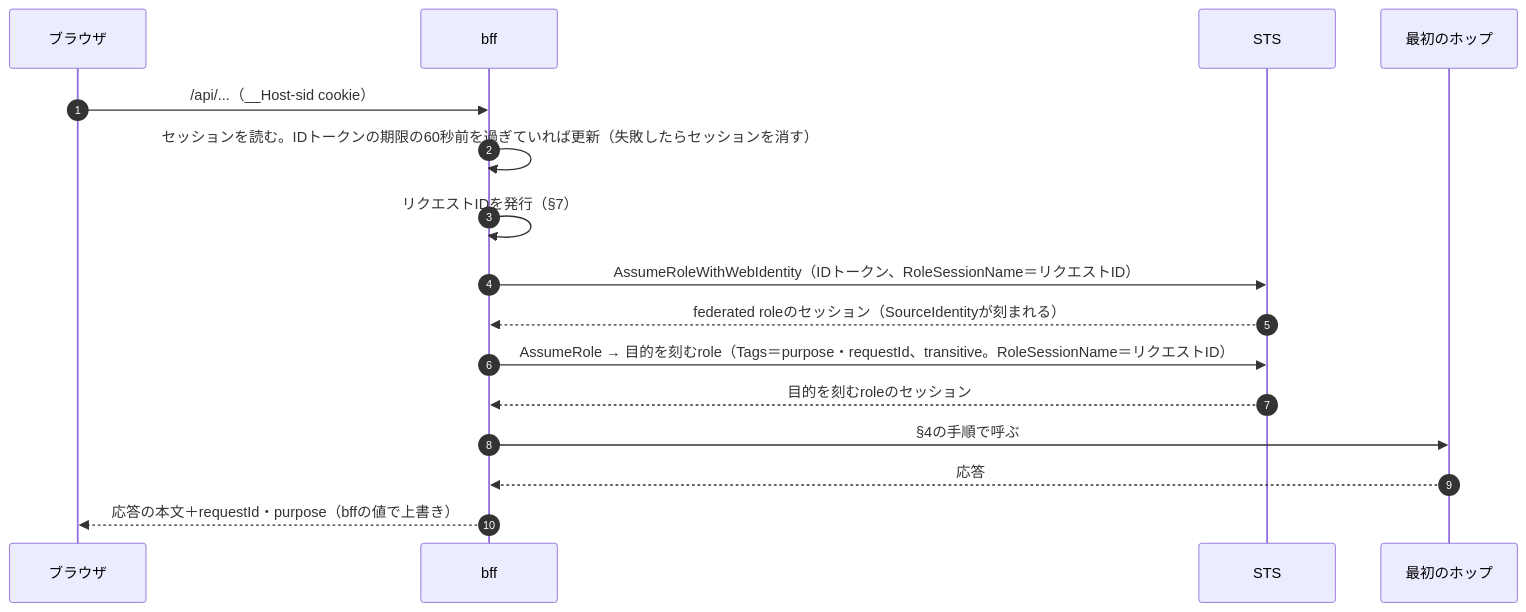
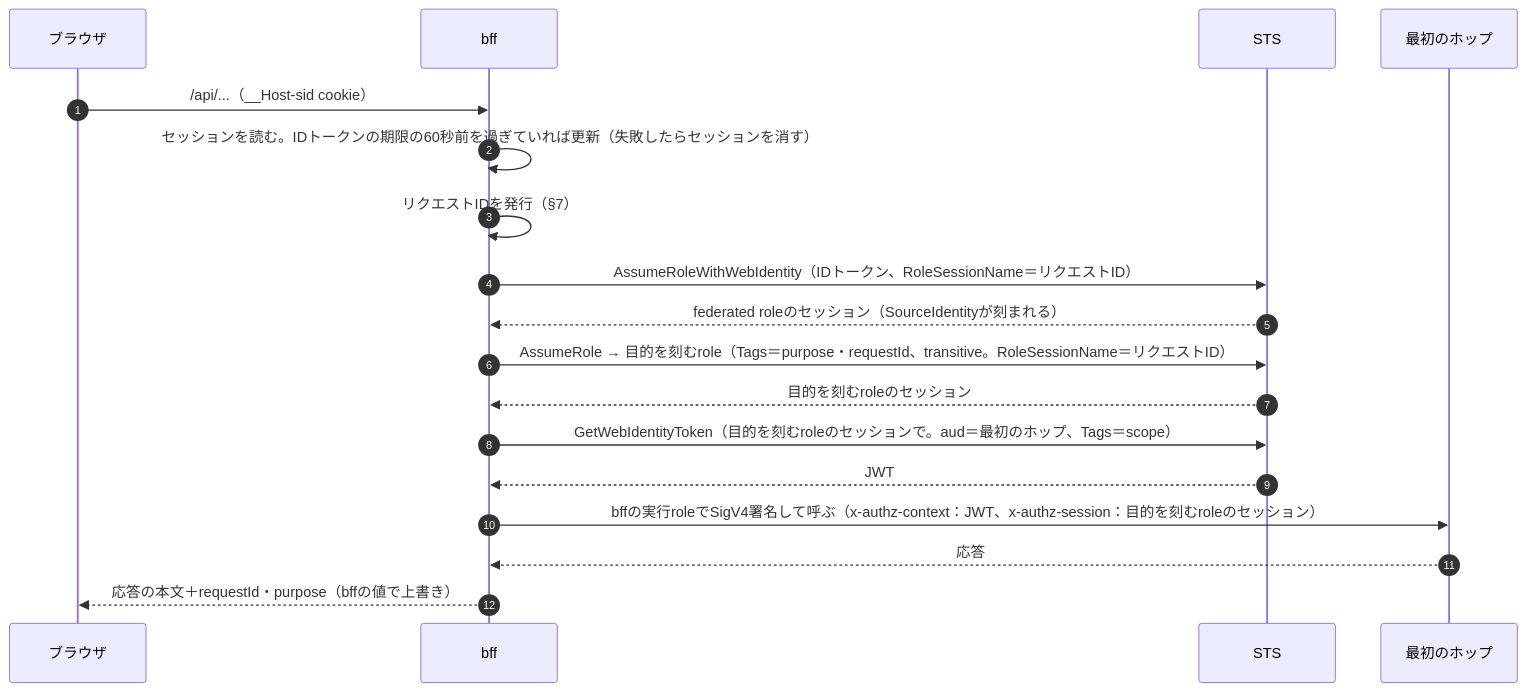
The third of 8 diagrams in docs/design/architecture.md (mahitotsu/gekko_08), drawn with Mermaid before and after one commit. The commit also changed other lines of this file, not shown here.

Commit message:
Design doc: bff signs the first hop call with its execution role and attaches the JWT minted with the purpose session

````diff
--- a/docs/design/architecture.md
+++ b/docs/design/architecture.md
@@ -153,18 +153,20 @@
 ```mermaid
 sequenceDiagram
   autonumber
   participant B as ブラウザ
   participant F as bff
   participant S as STS
   participant H as 最初のホップ
   B->>F: /api/...（__Host-sid cookie）
   F->>F: セッションを読む。IDトークンの期限の60秒前を過ぎていれば更新（失敗したらセッションを消す）
   F->>F: リクエストIDを発行（§7）
   F->>S: AssumeRoleWithWebIdentity（IDトークン、RoleSessionName＝リクエストID）
   S-->>F: federated roleのセッション（SourceIdentityが刻まれる）
   F->>S: AssumeRole → 目的を刻むrole（Tags＝purpose・requestId、transitive。RoleSessionName＝リクエストID）
   S-->>F: 目的を刻むroleのセッション
-  F->>H: §4の手順で呼ぶ
+  F->>S: GetWebIdentityToken（目的を刻むroleのセッションで。aud＝最初のホップ、Tags＝scope）
+  S-->>F: JWT
+  F->>H: bffの実行roleでSigV4署名して呼ぶ（x-authz-context：JWT、x-authz-session：目的を刻むroleのセッション）
   H-->>F: 応答
   F-->>B: 応答の本文＋requestId・purpose（bffの値で上書き）
 ```
````
